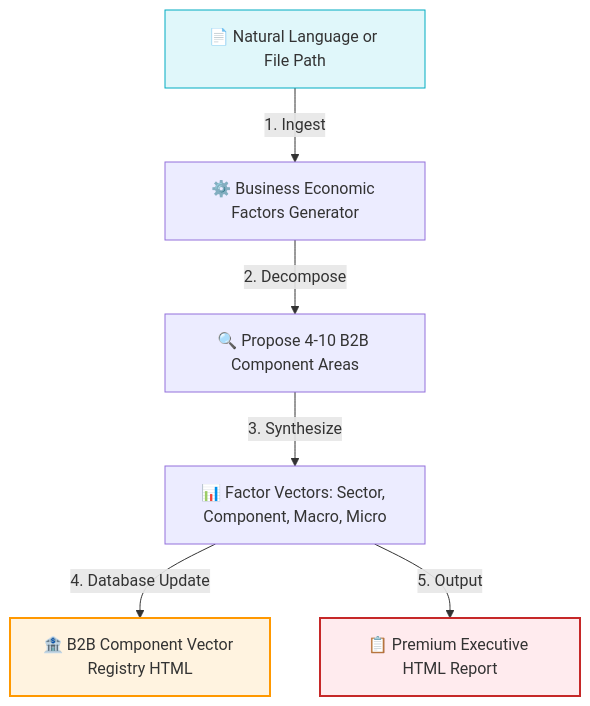
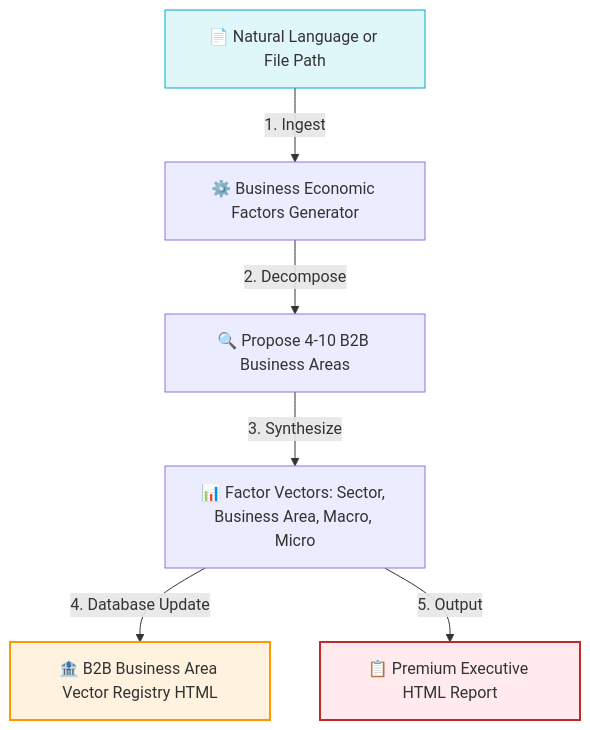
One commit to kishorekanala/vectranyx changed the diagram in productdev_support/agents/business_economic_factors_generator/README.md. Above: the diagram before and after it, drawn with Mermaid. The commit also changed other lines of this file and 31 other files, not shown here.

Commit message:
changed Component Areas to Business Areas

````diff
--- a/productdev_support/agents/business_economic_factors_generator/README.md
+++ b/productdev_support/agents/business_economic_factors_generator/README.md
@@ -11,12 +11,12 @@
 ```mermaid
 graph TD
     Input[📄 Natural Language or File Path] -->|1. Ingest| Parser[⚙️ Business Economic Factors Generator]
-    Parser -->|2. Decompose| Segments[🔍 Propose 4-10 B2B Component Areas]
-    Segments -->|3. Synthesize| Vectors[📊 Factor Vectors: Sector, Component, Macro, Micro]
-    Vectors -->|4. Database Update| Registry[🏦 B2B Component Vector Registry HTML]
+    Parser -->|2. Decompose| Segments[🔍 Propose 4-10 B2B Business Areas]
+    Segments -->|3. Synthesize| Vectors[📊 Factor Vectors: Sector, Business Area, Macro, Micro]
+    Vectors -->|4. Database Update| Registry[🏦 B2B Business Area Vector Registry HTML]
     Vectors -->|5. Output| Report[📋 Premium Executive HTML Report]
     
     style Input fill:#e0f7fa,stroke:#00acc1,stroke-width:1px;
     style Registry fill:#fff3e0,stroke:#ff9800,stroke-width:2px;
     style Report fill:#ffebee,stroke:#c62828,stroke-width:2px;
 ```
````
